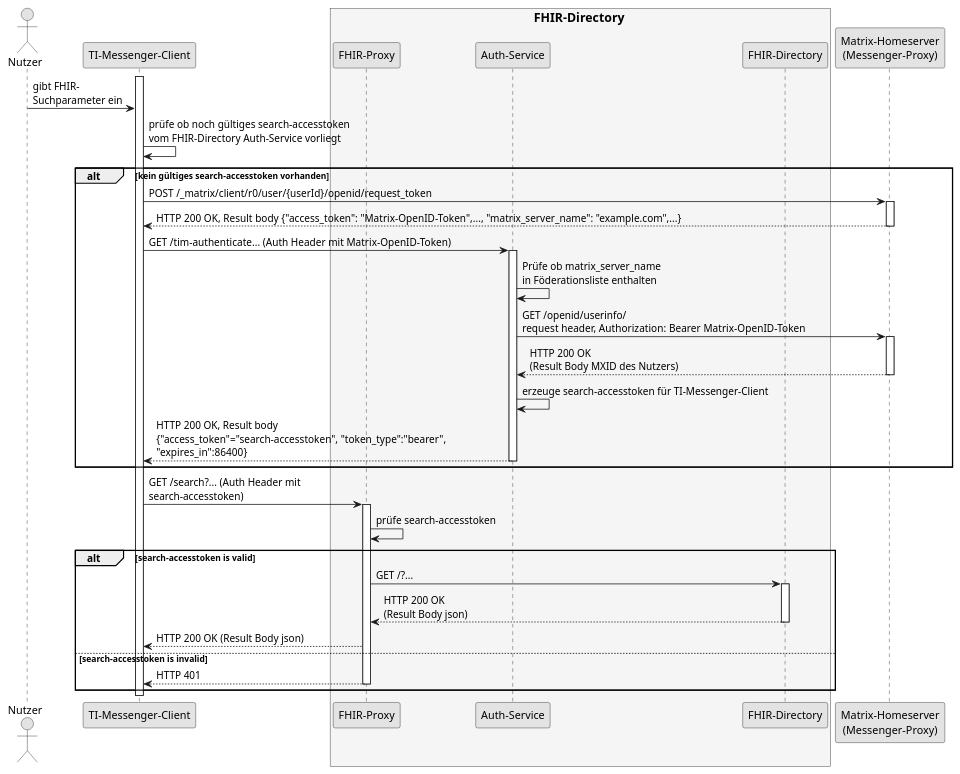
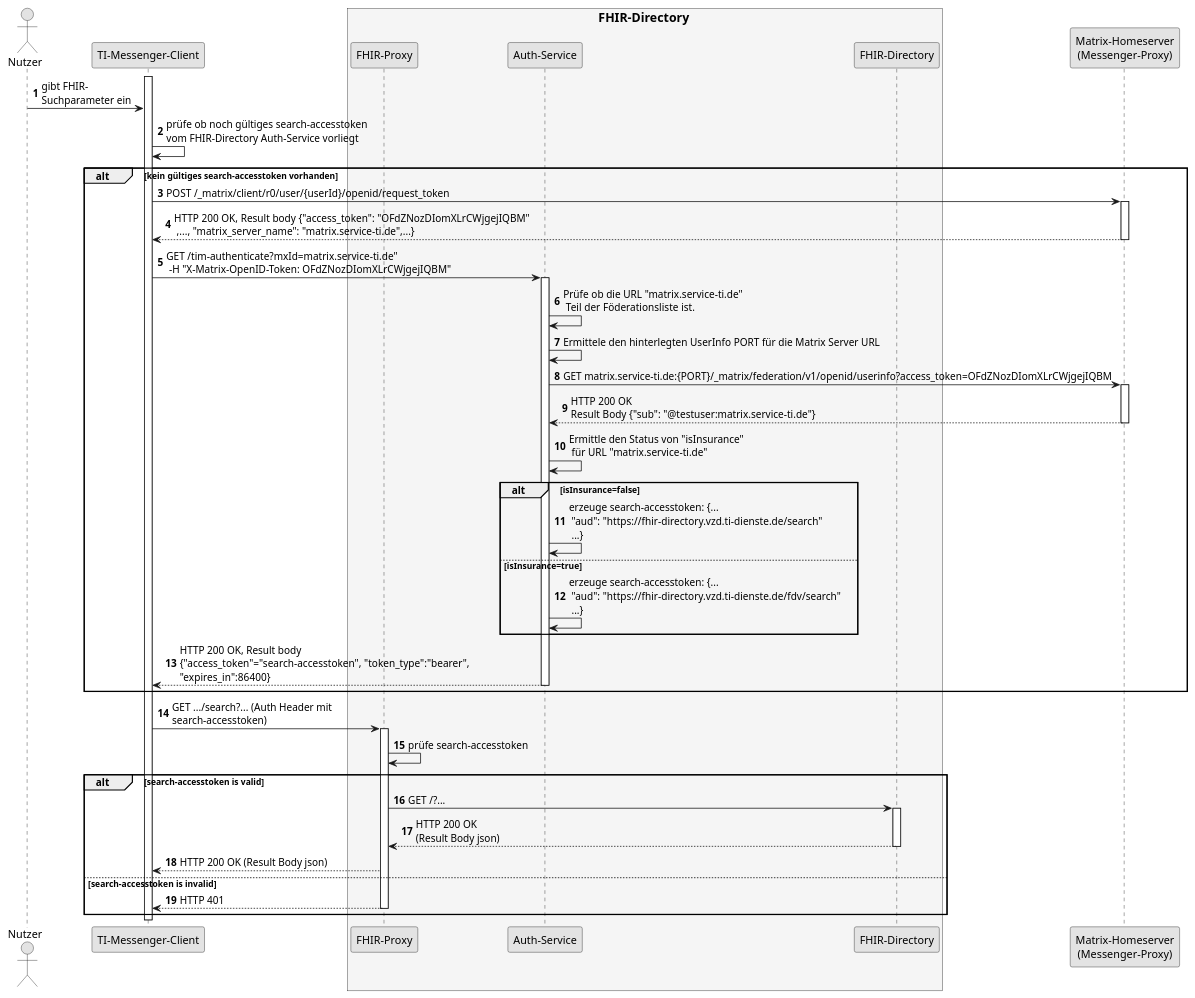
The diagram in src/plantuml/SequenceDiagram.FHIR-Directory.search.puml (gematik/api-vzd), drawn with PlantUML before and after one commit.

Commit message:
added insured person endpoint

```diff
--- a/src/plantuml/SequenceDiagram.FHIR-Directory.search.puml
+++ b/src/plantuml/SequenceDiagram.FHIR-Directory.search.puml
@@ -1,53 +1,61 @@
 @startuml SequenceDiagram.FHIR-Directory.search
 skinparam dpi 100
 skinparam WrapWidth 200
 skinparam monochrome true
+
+autonumber
 
 'title "FHIR-Directory, Sequenzdiagram search'
 actor Nutzer
 participant cl as "TI-Messenger-Client"
 box <size:16>FHIR-Directory</size> #WhiteSmoke
   participant fp as "FHIR-Proxy"
   participant au as "Auth-Service"
   participant fd as "FHIR-Directory"
 end box
 participant hs as "Matrix-Homeserver\n(Messenger-Proxy)"
 activate cl
 
 Nutzer -> cl:gibt FHIR-\nSuchparameter ein
 cl -> cl: prüfe ob noch gültiges search-accesstoken\nvom FHIR-Directory Auth-Service vorliegt
 
 alt kein gültiges search-accesstoken vorhanden
 cl -> hs: POST /_matrix/client/r0/user/{userId}/openid/request_token
 activate hs
-hs --> cl: HTTP 200 OK, Result body {"access_token": "Matrix-OpenID-Token",..., "matrix_server_name": "example.com",...}
+hs --> cl: HTTP 200 OK, Result body {"access_token": "OFdZNozDIomXLrCWjgejIQBM" \n ,..., "matrix_server_name": "matrix.service-ti.de",...}
 deactivate hs
-cl -> au: GET /tim-authenticate... (Auth Header mit Matrix-OpenID-Token)
+cl -> au: GET /tim-authenticate?mxId=matrix.service-ti.de" \n -H "X-Matrix-OpenID-Token: OFdZNozDIomXLrCWjgejIQBM"
 activate au
-au -> au: Prüfe ob matrix_server_name\nin Föderationsliste enthalten
-au -> hs: GET /openid/userinfo/\nrequest header, Authorization: Bearer Matrix-OpenID-Token
+au -> au: Prüfe ob die URL "matrix.service-ti.de"\n Teil der Föderationsliste ist.
+au -> au: Ermittele den hinterlegten UserInfo PORT für die Matrix Server URL
+au -> hs: GET matrix.service-ti.de:{PORT}/_matrix/federation/v1/openid/userinfo?access_token=OFdZNozDIomXLrCWjgejIQBM
 activate hs
-hs --> au: HTTP 200 OK\n(Result Body MXID des Nutzers)
+hs --> au: HTTP 200 OK\nResult Body {"sub": "@testuser:matrix.service-ti.de"}
 deactivate hs
-au -> au: erzeuge search-accesstoken für TI-Messenger-Client
+au -> au: Ermittle den Status von "isInsurance"\n für URL "matrix.service-ti.de"
+alt isInsurance=false
+au -> au: erzeuge search-accesstoken: {... \n "aud": "https://fhir-directory.vzd.ti-dienste.de/search"\n ...}
+else isInsurance=true
+au -> au: erzeuge search-accesstoken: {... \n "aud": "https://fhir-directory.vzd.ti-dienste.de/fdv/search"\n ...}
+end
 au --> cl: HTTP 200 OK, Result body\n{"access_token"="search-accesstoken", "token_type":"bearer",\n"expires_in":86400}
 deactivate au
 end
 
-cl -> fp: GET /search?... (Auth Header mit\nsearch-accesstoken)
+cl -> fp: GET .../search?... (Auth Header mit\nsearch-accesstoken)
 activate fp
 fp -> fp: prüfe search-accesstoken
 
 alt search-accesstoken is valid
 fp -> fd: GET /?...
 activate fd
 fd --> fp: HTTP 200 OK\n(Result Body json)
 deactivate fd
 fp --> cl: HTTP 200 OK (Result Body json)
 else search-accesstoken is invalid
 fp --> cl: HTTP 401
 deactivate fp
 end
 
 deactivate cl
 @enduml
```
